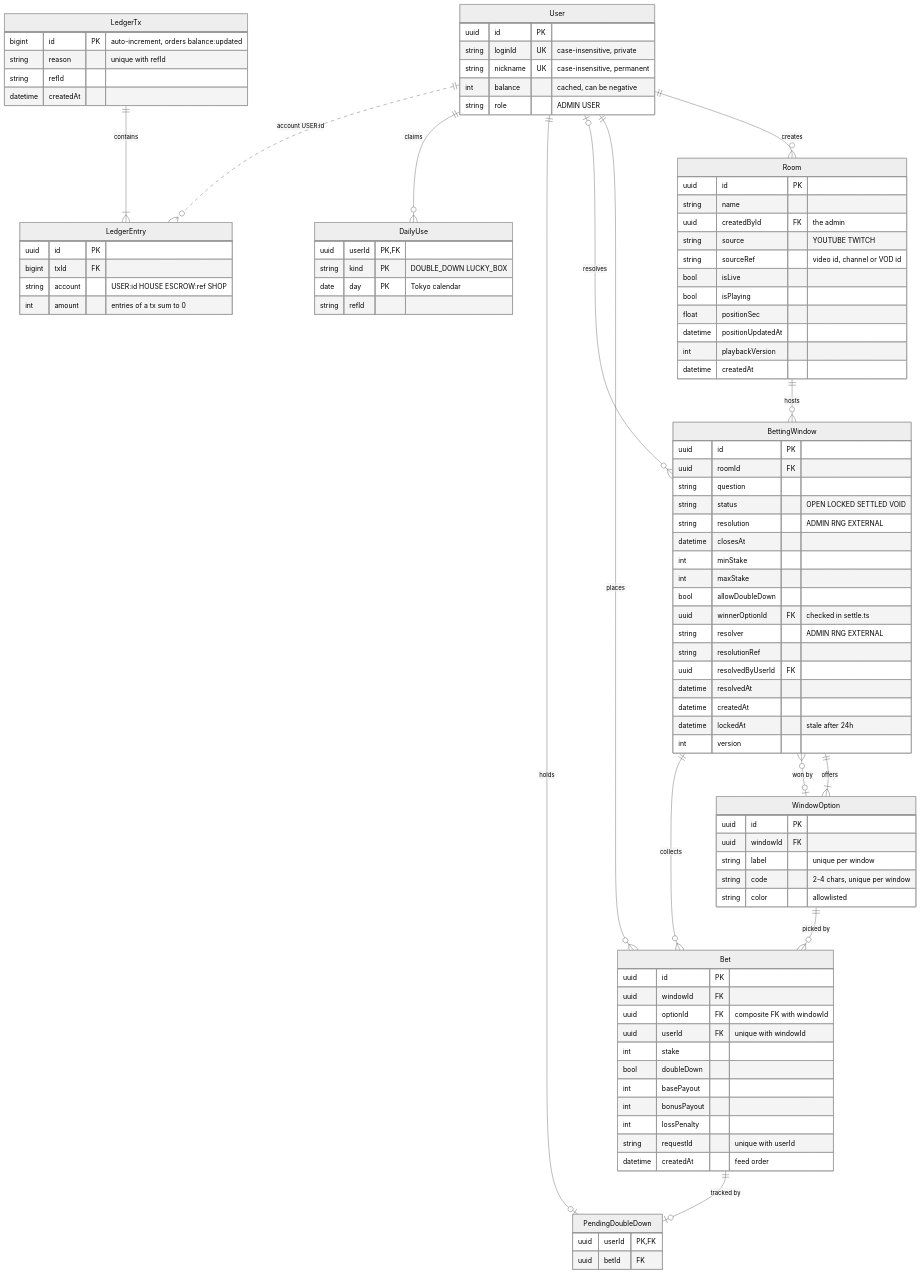
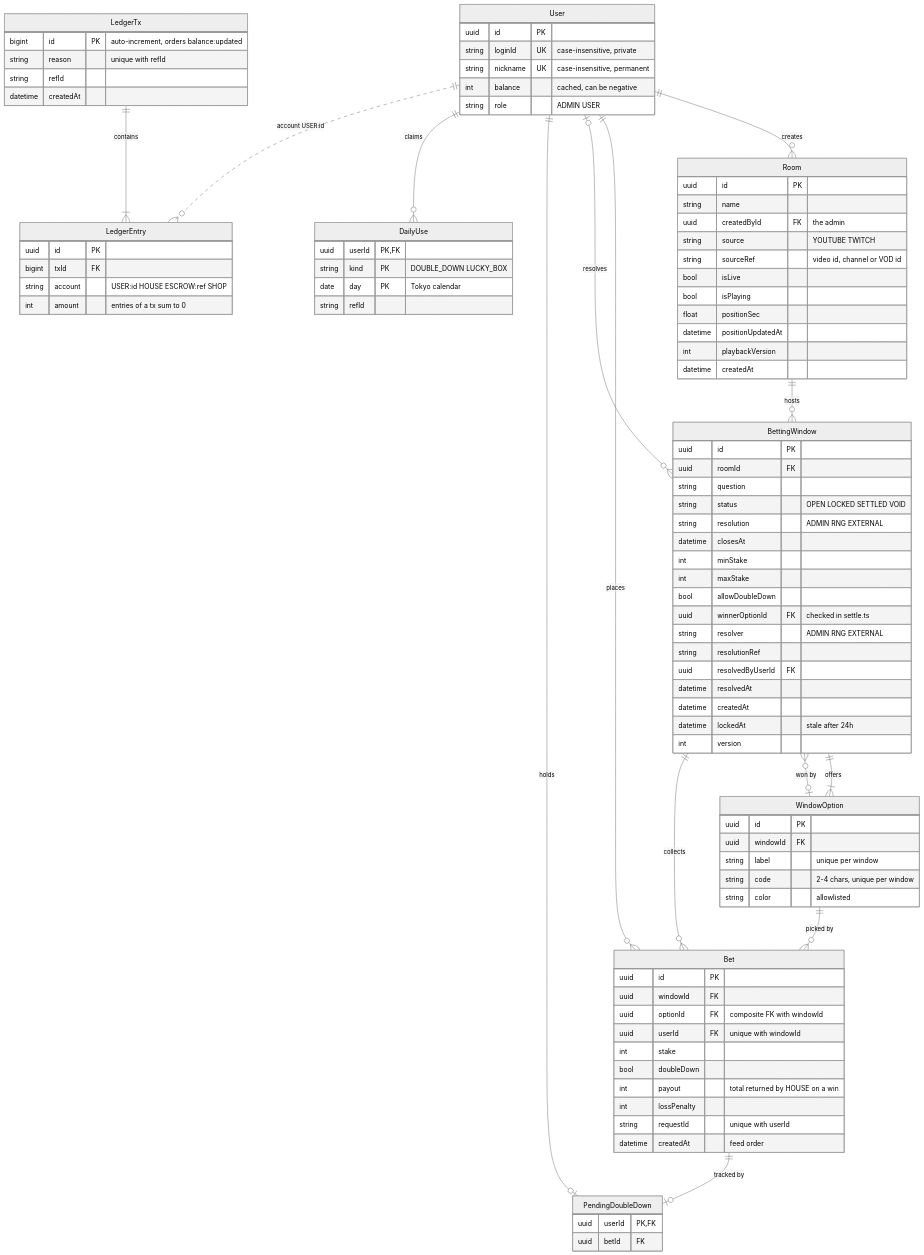
Before and after one commit to murasakijyuutann/socket-learning-express: the first of 2 diagrams in docs/watchparty_app_project-structure.md, drawn with Mermaid (neutral theme). The commit also changed other lines of this file and 3 other files, not shown here.

```diff
--- a/docs/watchparty_app_project-structure.md
+++ b/docs/watchparty_app_project-structure.md
@@ -586,8 +608,7 @@
         uuid userId FK "unique with windowId"
         int stake
         bool doubleDown
-        int basePayout
-        int bonusPayout
+        int payout "total returned by HOUSE on a win"
         int lossPenalty
         string requestId "unique with userId"
         datetime createdAt "feed order"
```
